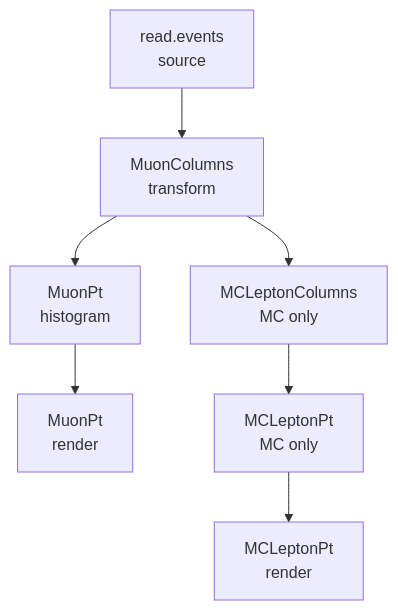
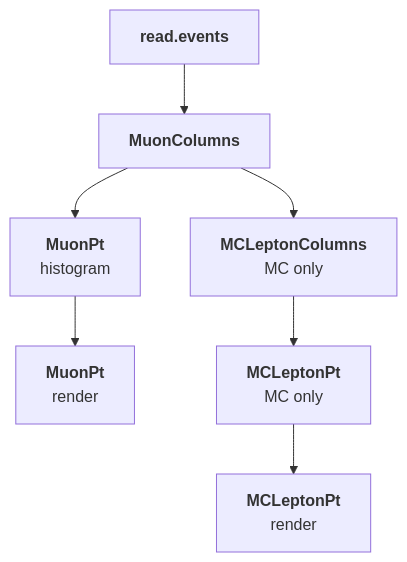
One commit to FAST-HEP/fasthep-flow changed the fourth of 8 diagrams in docs/execution/graph-structure.md. Above: the diagram before and after it, drawn with Mermaid. The commit also changed other lines of this file and 7 other files, not shown here.

````diff
--- a/docs/execution/graph-structure.md
+++ b/docs/execution/graph-structure.md
@@ -121,21 +121,21 @@
 ```{mermaid}
 flowchart TD
-    Read["read.events<br/>source"]
-    Muons["MuonColumns<br/>transform"]
+    Read["<b>read.events</b>"]:::source
+    Muons["<b>MuonColumns</b>"]:::transform
 
-    MuonPt["MuonPt<br/>histogram"]
-    MuonRender["MuonPt<br/>render"]
+    MuonPt["<b>MuonPt</b><br/>histogram"]:::transform
+    MuonRender["<b>MuonPt</b><br/>render"]:::sink
 
-    MCColumns["MCLeptonColumns<br/>MC only"]
-    MCLeptonPt["MCLeptonPt<br/>MC only"]
-    MCRender["MCLeptonPt<br/>render"]
+    MCColumns["<b>MCLeptonColumns</b><br/>MC only"]:::transform
+    MCLeptonPt["<b>MCLeptonPt</b><br/>MC only"]:::transform
+    MCRender["<b>MCLeptonPt</b><br/>render"]:::sink
 
     Read --> Muons
 
     Muons --> MuonPt
     MuonPt --> MuonRender
 
     Muons --> MCColumns
     MCColumns --> MCLeptonPt
     MCLeptonPt --> MCRender
 ```
````
